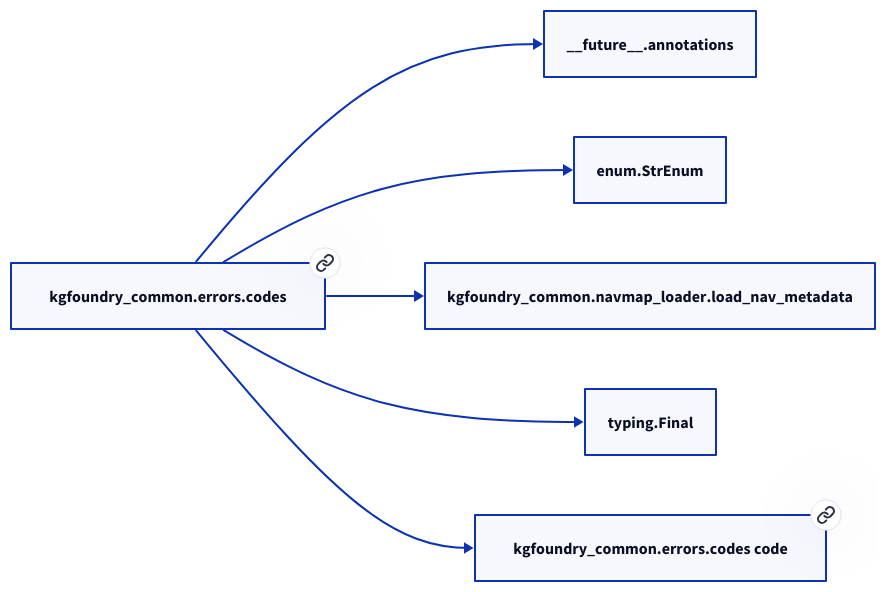
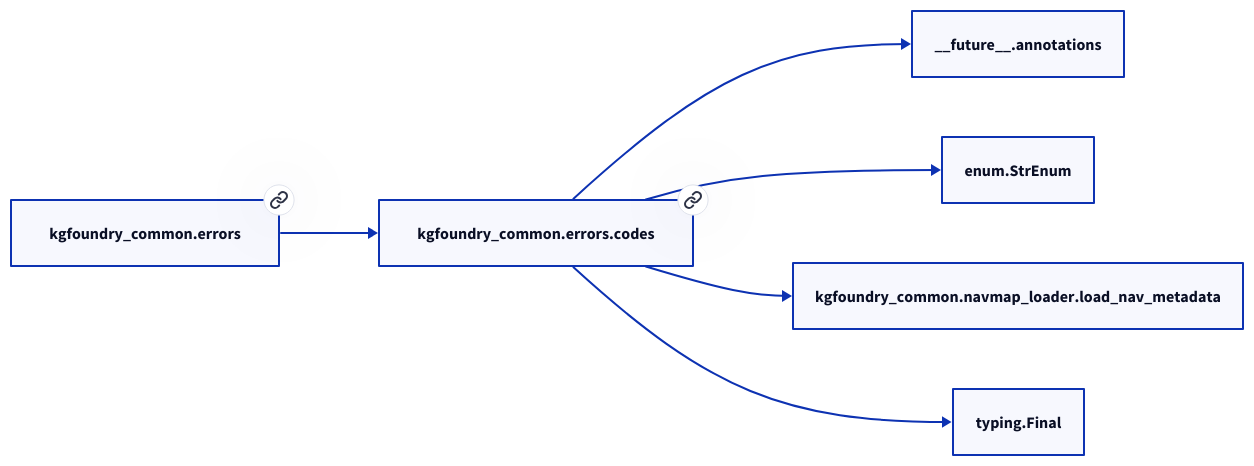
The second of 2 diagrams in docs/modules/kgfoundry_common/errors/codes.md (paul-heyse/kgforge), drawn with D2 before and after one commit. The commit also changed other lines of this file and 208 other files, not shown here.

````diff
--- a/docs/modules/kgfoundry_common/errors/codes.md
+++ b/docs/modules/kgfoundry_common/errors/codes.md
@@ -43,14 +47,14 @@
 ```d2
 direction: right
-"kgfoundry_common.errors.codes": "kgfoundry_common.errors.codes" { link: "./kgfoundry_common/errors/codes.md" }
+"kgfoundry_common.errors.codes": "kgfoundry_common.errors.codes" { link: "https://github.com/paul-heyse/kgfoundry/blob/main/src/kgfoundry_common/errors/codes.py" }
 "__future__.annotations": "__future__.annotations"
 "kgfoundry_common.errors.codes" -> "__future__.annotations"
 "enum.StrEnum": "enum.StrEnum"
 "kgfoundry_common.errors.codes" -> "enum.StrEnum"
 "kgfoundry_common.navmap_loader.load_nav_metadata": "kgfoundry_common.navmap_loader.load_nav_metadata"
 "kgfoundry_common.errors.codes" -> "kgfoundry_common.navmap_loader.load_nav_metadata"
 "typing.Final": "typing.Final"
 "kgfoundry_common.errors.codes" -> "typing.Final"
-"kgfoundry_common.errors.codes_code": "kgfoundry_common.errors.codes code" { link: "https://github.com/kgfoundry/kgfoundry/blob/main/src/kgfoundry_common/errors/codes.py" }
-"kgfoundry_common.errors.codes" -> "kgfoundry_common.errors.codes_code" { style: dashed }
+"kgfoundry_common.errors": "kgfoundry_common.errors" { link: "https://github.com/paul-heyse/kgfoundry/blob/main/src/kgfoundry_common/errors/__init__.py" }
+"kgfoundry_common.errors" -> "kgfoundry_common.errors.codes" { style: dashed }
 ```
````
